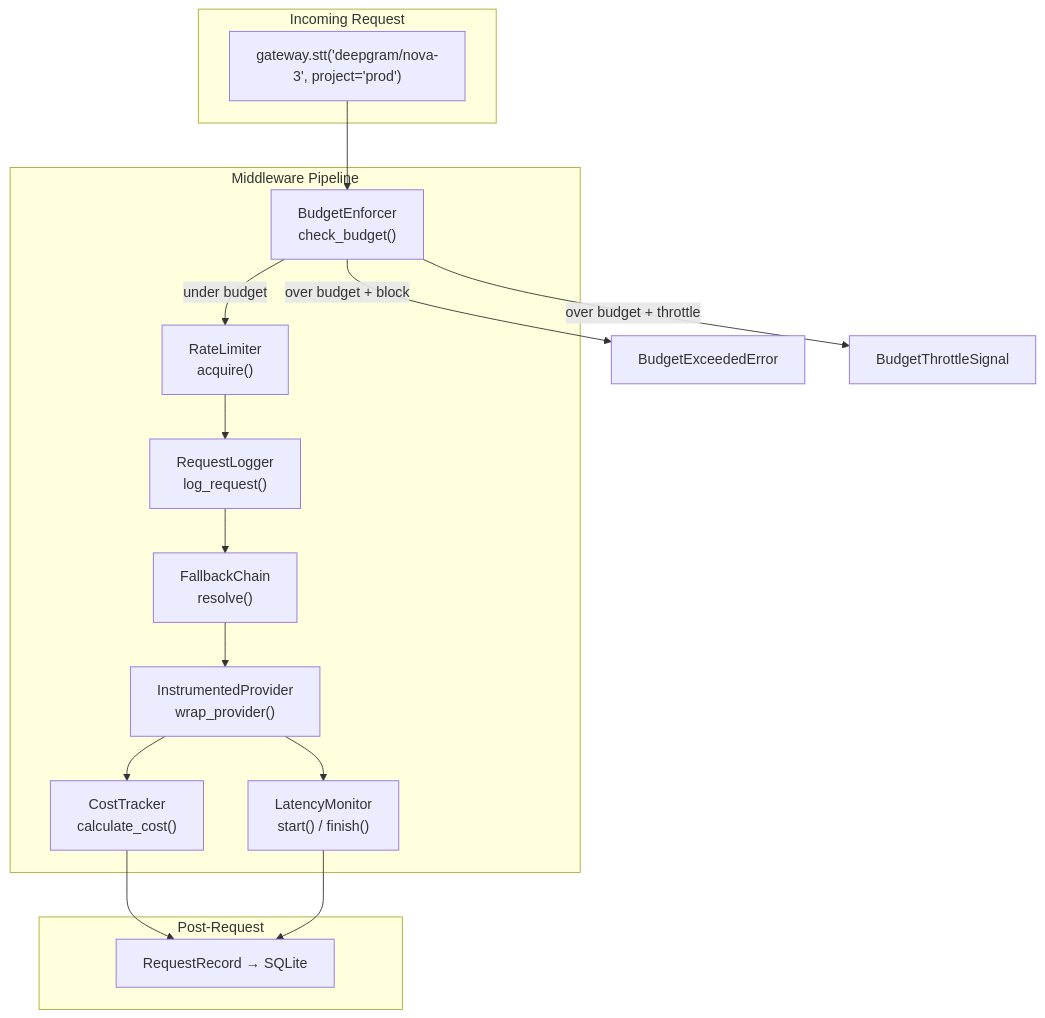
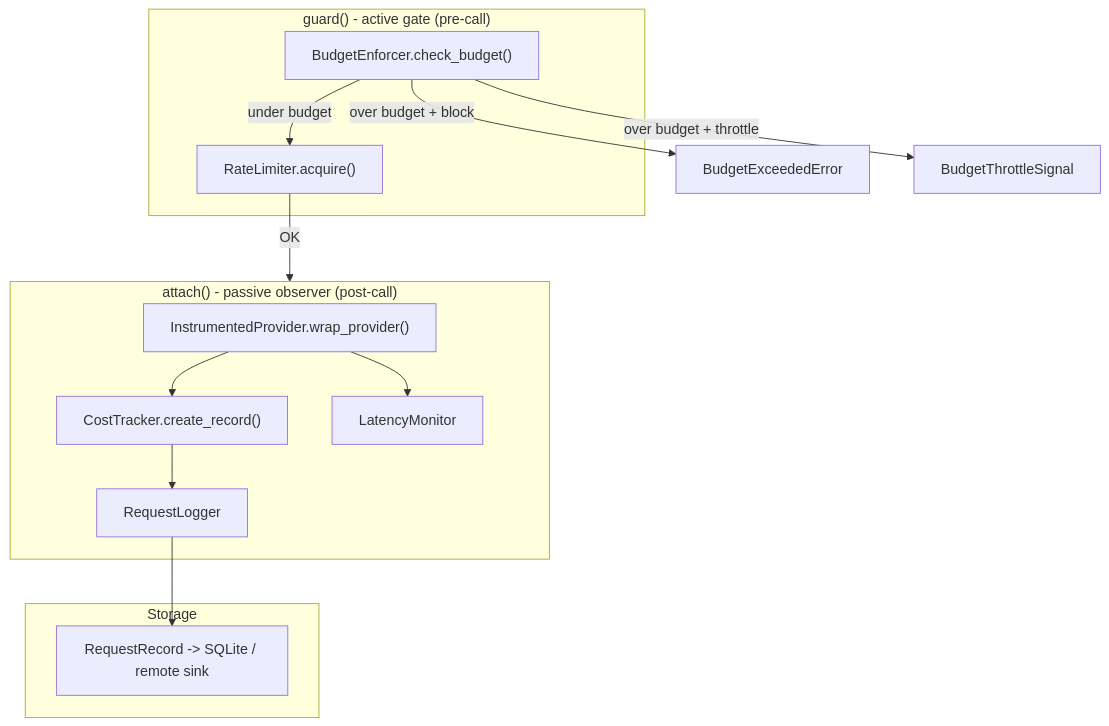
The first of 2 diagrams in docs/architecture/middleware.md (mahimailabs/voicegateway), drawn with Mermaid before and after one commit. The commit also changed other lines of this file and 4 other files, not shown here.

First line of the commit message:
docs(architecture): rewrite Architecture part 1 (P11a) (#93)

````diff
--- a/docs/architecture/middleware.md
+++ b/docs/architecture/middleware.md
@@ -7,32 +10,27 @@
 ```mermaid
 graph TD
-    subgraph Request["Incoming Request"]
-        REQ["gateway.stt('deepgram/nova-3', project='prod')"]
+    subgraph ActivePath["guard() - active gate (pre-call)"]
+        BE["BudgetEnforcer.check_budget()"]
+        RL["RateLimiter.acquire()"]
     end
 
-    subgraph Middleware["Middleware Pipeline"]
-        BE["BudgetEnforcer<br/>check_budget()"]
-        RL["RateLimiter<br/>acquire()"]
-        FB["FallbackChain<br/>resolve()"]
-        LG["RequestLogger<br/>log_request()"]
-        IP["InstrumentedProvider<br/>wrap_provider()"]
-        CT["CostTracker<br/>calculate_cost()"]
-        LM["LatencyMonitor<br/>start() / finish()"]
+    subgraph PassivePath["attach() - passive observer (post-call)"]
+        IP["InstrumentedProvider.wrap_provider()"]
+        CT["CostTracker.create_record()"]
+        LM["LatencyMonitor"]
+        LG["RequestLogger"]
     end
 
-    subgraph Post["Post-Request"]
-        REC["RequestRecord → SQLite"]
+    subgraph Storage["Storage"]
+        REC["RequestRecord -> SQLite / remote sink"]
     end
 
-    REQ --> BE
     BE -->|under budget| RL
     BE -->|over budget + block| ERR["BudgetExceededError"]
     BE -->|over budget + throttle| THR["BudgetThrottleSignal"]
-    RL --> LG
-    LG --> FB
-    FB --> IP
+    RL -->|OK| PassivePath
     IP --> CT
     IP --> LM
-    CT --> REC
-    LM --> REC
+    CT --> LG
+    LG --> REC
 ```
````
